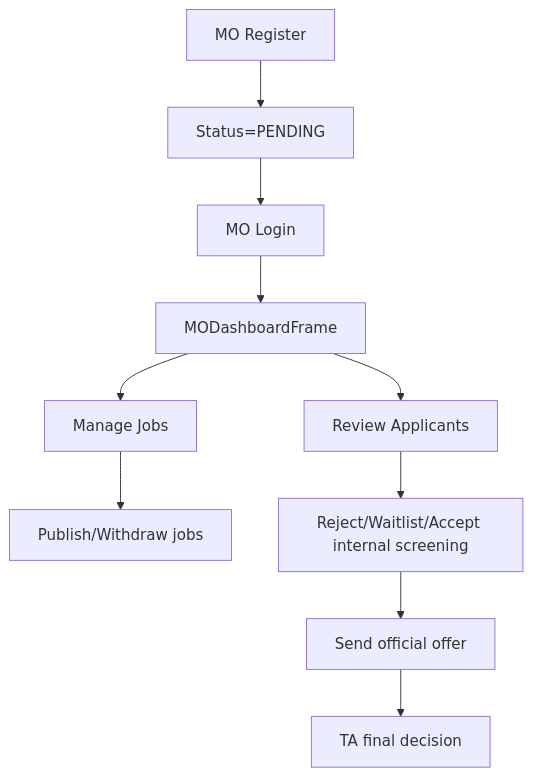
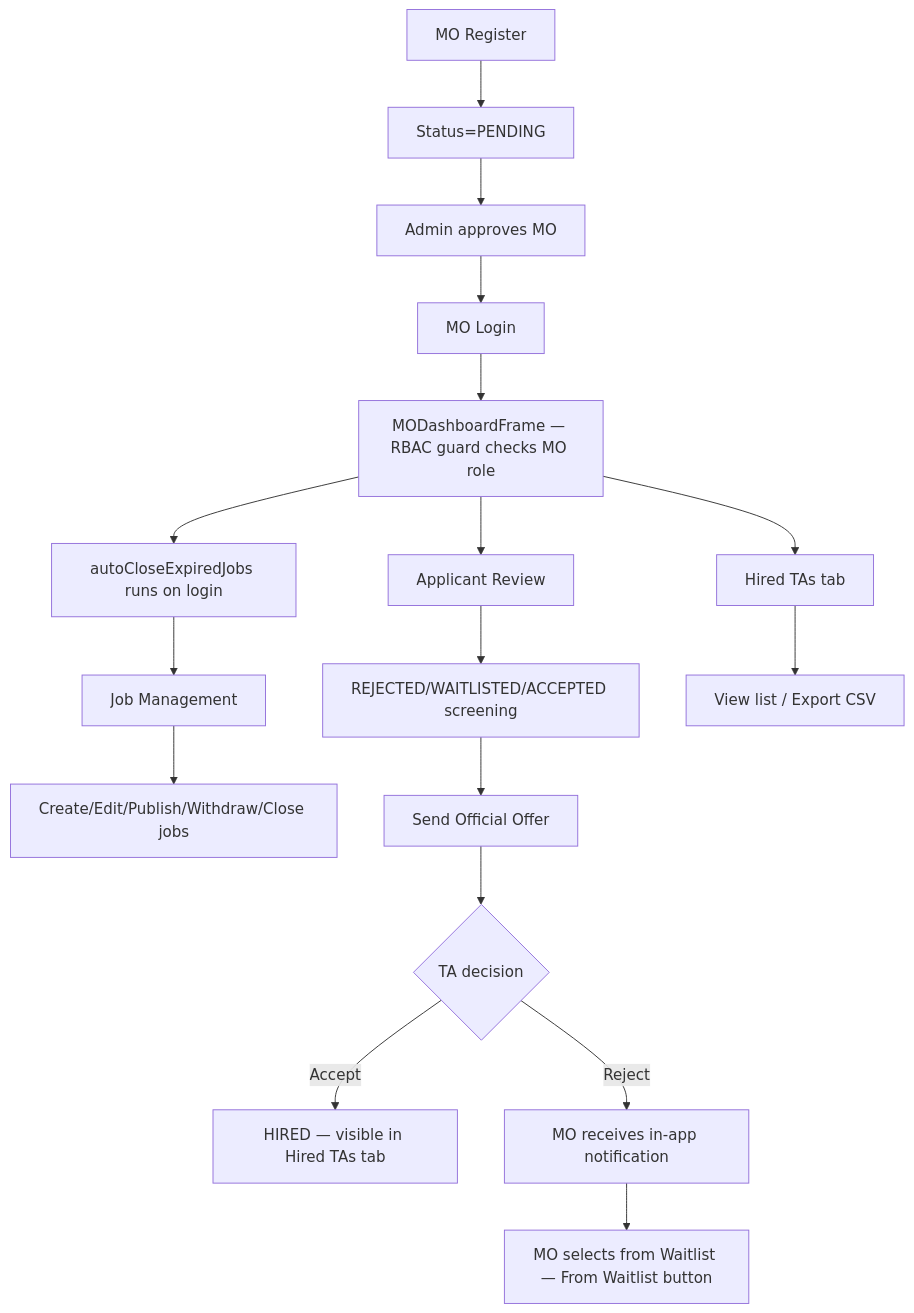
One commit to Jane-qm/EBU6304-Group85-TA-Recruitment changed the fifth of 8 diagrams in docs/Project-Architecture-and-RunLogic.md. Above: the diagram before and after it, drawn with Mermaid. The commit also changed other lines of this file and 1 other file, not shown here.

````diff
--- a/docs/Project-Architecture-and-RunLogic.md
+++ b/docs/Project-Architecture-and-RunLogic.md
@@ -163,12 +166,19 @@
 ```mermaid
 flowchart TD
     A[MO Register] --> B[Status=PENDING]
-    B --> C[MO Login]
-    C --> D[MODashboardFrame]
-    D --> E[Manage Jobs]
-    E --> F[Publish/Withdraw jobs]
-    D --> G[Review Applicants]
-    G --> H[Reject/Waitlist/Accept internal screening]
-    H --> I[Send official offer]
-    I --> J[TA final decision]
+    B --> C[Admin approves MO]
+    C --> D[MO Login]
+    D --> E[MODashboardFrame — RBAC guard checks MO role]
+    E --> F[autoCloseExpiredJobs runs on login]
+    F --> G[Job Management]
+    G --> H[Create/Edit/Publish/Withdraw/Close jobs]
+    E --> I[Applicant Review]
+    I --> J[REJECTED/WAITLISTED/ACCEPTED screening]
+    J --> K[Send Official Offer]
+    K --> L{TA decision}
+    L -- Accept --> M[HIRED — visible in Hired TAs tab]
+    L -- Reject --> N[MO receives in-app notification]
+    N --> O[MO selects from Waitlist — From Waitlist button]
+    E --> P[Hired TAs tab]
+    P --> Q[View list / Export CSV]
 ```
````
